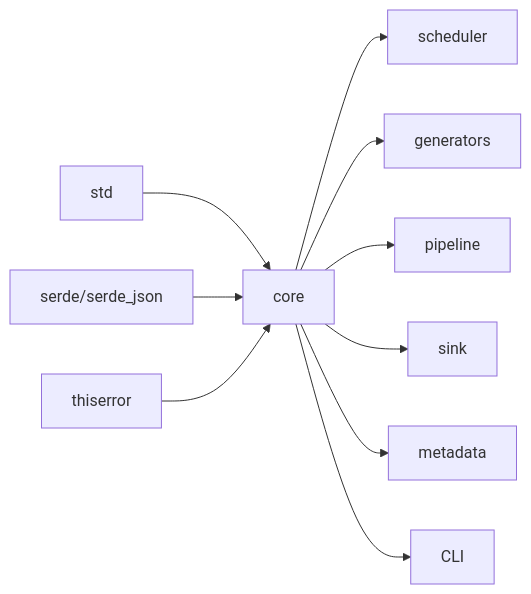
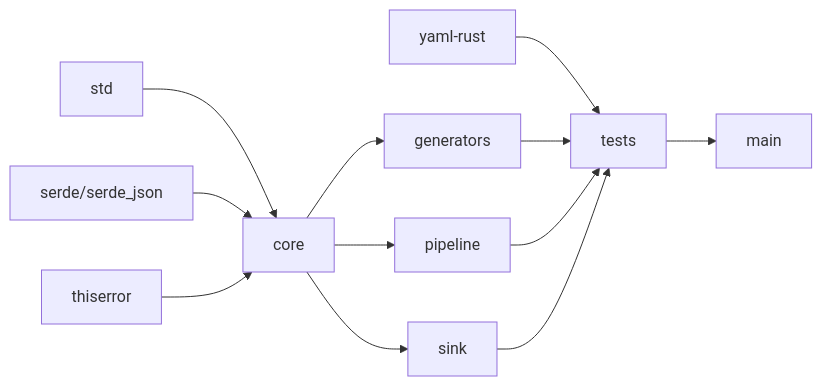
One commit to shiyukonghui/StructGen-rs changed the third of 3 diagrams in .qoder/repowiki/zh/content/测试策略.md. Above: the diagram before and after it, drawn with Mermaid. The commit also changed other lines of this file and 8 other files, not shown here.

````diff
--- a/.qoder/repowiki/zh/content/测试策略.md
+++ b/.qoder/repowiki/zh/content/测试策略.md
@@ -316,12 +359,14 @@
 ```mermaid
 graph LR
 STD["std"] --> CORE["core"]
 SERDE["serde/serde_json"] --> CORE
 THISERROR["thiserror"] --> CORE
-CORE --> SCH["scheduler"]
+YAML["yaml-rust"] --> TESTS["tests"]
 CORE --> GEN["generators"]
 CORE --> PIPE["pipeline"]
-CORE --> SNK["sink"]
-CORE --> META["metadata"]
-CORE --> CLI["CLI"]
+CORE --> SINK["sink"]
+GEN --> TESTS
+PIPE --> TESTS
+SINK --> TESTS
+TESTS --> MAIN["main"]
 ```
````
